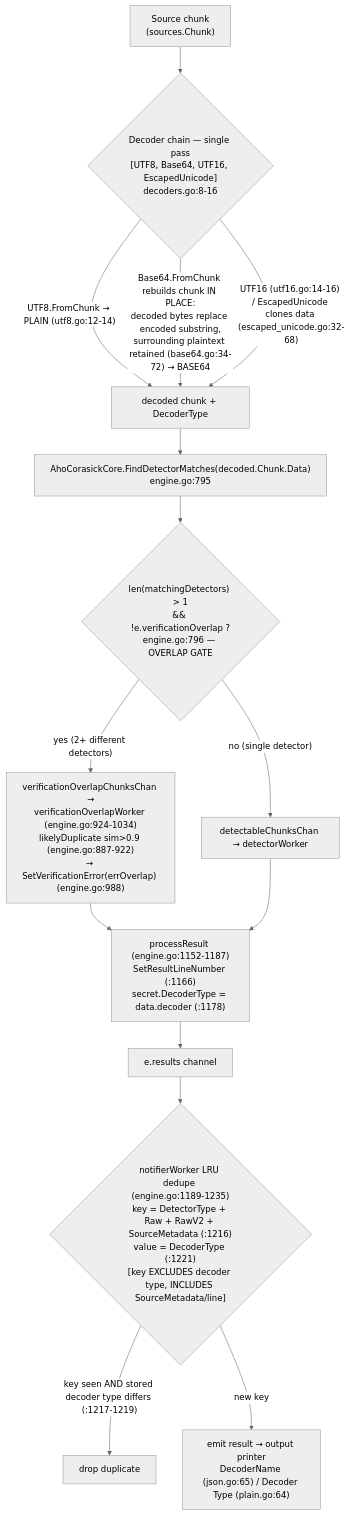
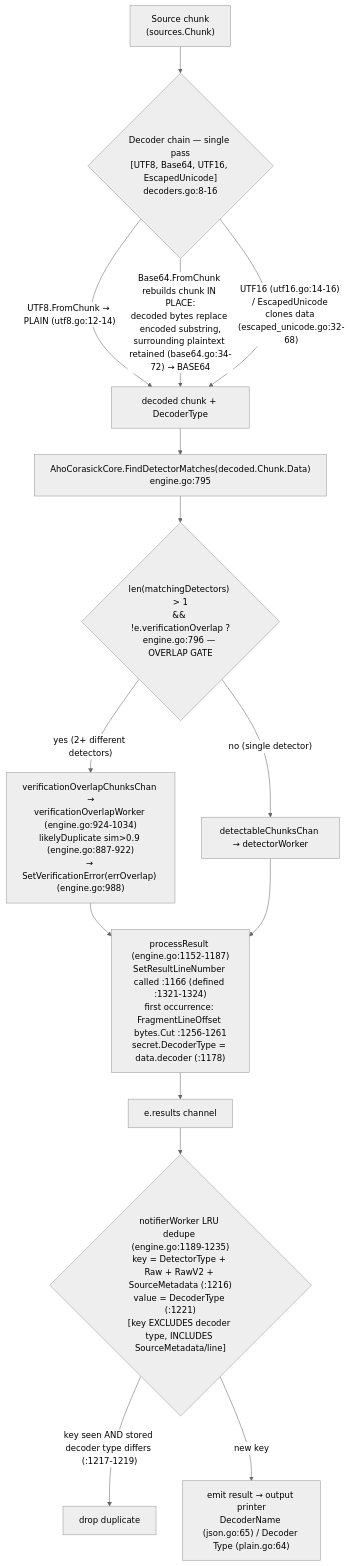
One commit to blitzy-research/trufflehog changed the diagram in blitzy/documentation/trufflehog_e42153d44a5e.md. Above: the diagram before and after it, drawn with Mermaid (neutral theme). The commit also changed other lines of this file, not shown here.

````diff
--- a/blitzy/documentation/trufflehog_e42153d44a5e.md
+++ b/blitzy/documentation/trufflehog_e42153d44a5e.md
@@ -151,17 +158,17 @@
 ```mermaid
 flowchart TD
     A["Source chunk<br/>(sources.Chunk)"] --> B{"Decoder chain — single pass<br/>[UTF8, Base64, UTF16, EscapedUnicode]<br/>decoders.go:8-16"}
     B -->|"UTF8.FromChunk → PLAIN (utf8.go:12-14)"| C["decoded chunk + DecoderType"]
     B -->|"Base64.FromChunk rebuilds chunk IN PLACE:<br/>decoded bytes replace encoded substring,<br/>surrounding plaintext retained (base64.go:34-72) → BASE64"| C
     B -->|"UTF16 (utf16.go:14-16) / EscapedUnicode clones data (escaped_unicode.go:32-68)"| C
     C --> D["AhoCorasickCore.FindDetectorMatches(decoded.Chunk.Data)<br/>engine.go:795"]
     D --> E{"len(matchingDetectors) > 1<br/>&& !e.verificationOverlap ?<br/>engine.go:796 — OVERLAP GATE"}
     E -->|"yes (2+ different detectors)"| F["verificationOverlapChunksChan →<br/>verificationOverlapWorker (engine.go:924-1034)<br/>likelyDuplicate sim>0.9 (engine.go:887-922)<br/>→ SetVerificationError(errOverlap) (engine.go:988)"]
     E -->|"no (single detector)"| G["detectableChunksChan → detectorWorker"]
-    F --> H["processResult (engine.go:1152-1187)<br/>SetResultLineNumber (:1166)<br/>secret.DecoderType = data.decoder (:1178)"]
+    F --> H["processResult (engine.go:1152-1187)<br/>SetResultLineNumber called :1166 (defined :1321-1324)<br/>first occurrence: FragmentLineOffset bytes.Cut :1256-1261<br/>secret.DecoderType = data.decoder (:1178)"]
     G --> H
     H --> I["e.results channel"]
     I --> J{"notifierWorker LRU dedupe (engine.go:1189-1235)<br/>key = DetectorType + Raw + RawV2 + SourceMetadata (:1216)<br/>value = DecoderType (:1221)<br/>[key EXCLUDES decoder type, INCLUDES SourceMetadata/line]"}
     J -->|"key seen AND stored decoder type differs (:1217-1219)"| K["drop duplicate"]
     J -->|"new key"| L["emit result → output printer<br/>DecoderName (json.go:65) / Decoder Type (plain.go:64)"]
 ```
````
